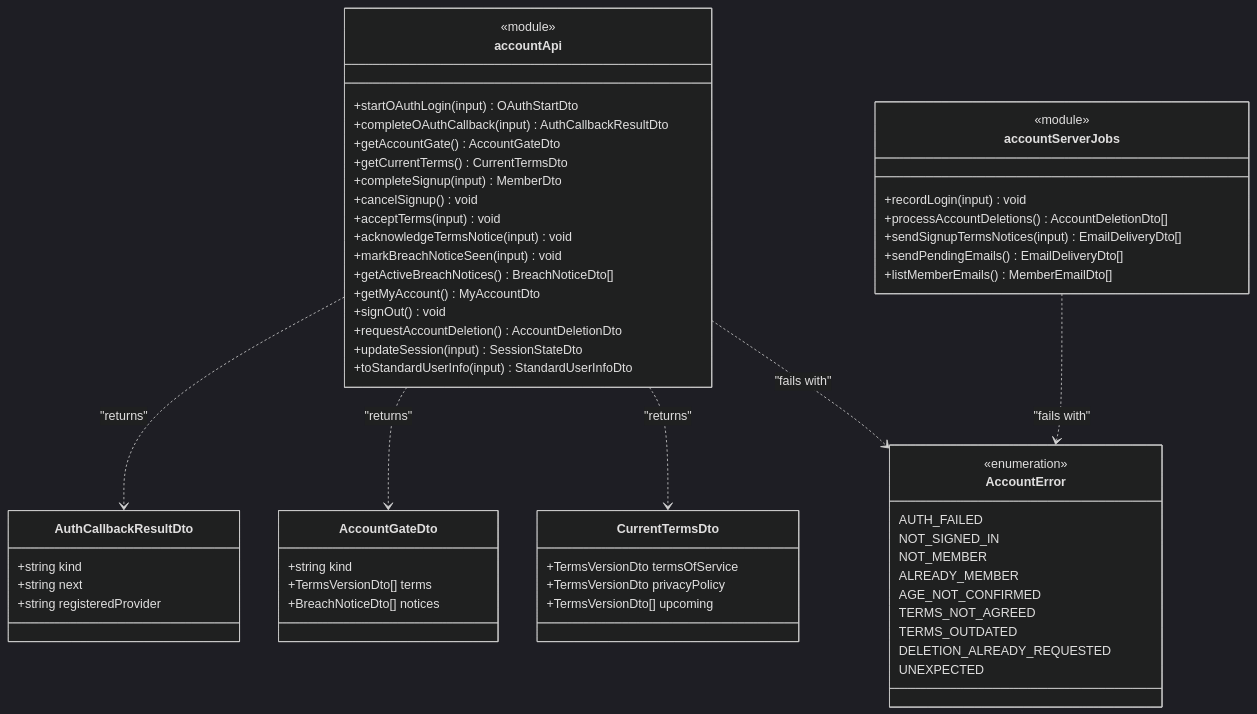
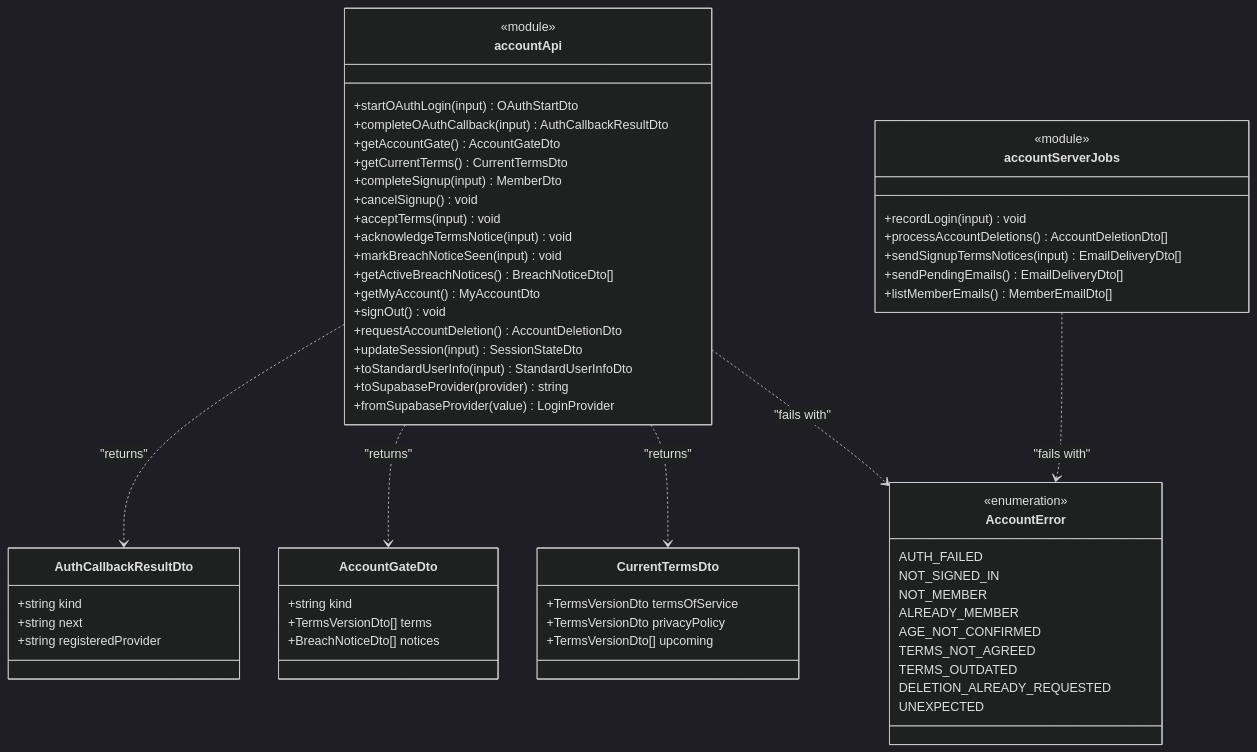
Before and after one commit to god3v/hamtteukka: the second of 2 diagrams in docs/specs/001-account/design/domain.md, drawn with Mermaid (dark theme). The commit also changed other lines of this file and 5 other files, not shown here.

````diff
--- a/docs/specs/001-account/design/domain.md
+++ b/docs/specs/001-account/design/domain.md
@@ -172,61 +174,63 @@
 ```mermaid
 classDiagram
   class accountApi {
     <<module>>
     +startOAuthLogin(input) OAuthStartDto
     +completeOAuthCallback(input) AuthCallbackResultDto
     +getAccountGate() AccountGateDto
     +getCurrentTerms() CurrentTermsDto
     +completeSignup(input) MemberDto
     +cancelSignup() void
     +acceptTerms(input) void
     +acknowledgeTermsNotice(input) void
     +markBreachNoticeSeen(input) void
     +getActiveBreachNotices() BreachNoticeDto[]
     +getMyAccount() MyAccountDto
     +signOut() void
     +requestAccountDeletion() AccountDeletionDto
     +updateSession(input) SessionStateDto
     +toStandardUserInfo(input) StandardUserInfoDto
+    +toSupabaseProvider(provider) string
+    +fromSupabaseProvider(value) LoginProvider
   }
   class accountServerJobs {
     <<module>>
     +recordLogin(input) void
     +processAccountDeletions() AccountDeletionDto[]
     +sendSignupTermsNotices(input) EmailDeliveryDto[]
     +sendPendingEmails() EmailDeliveryDto[]
     +listMemberEmails() MemberEmailDto[]
   }
   class AuthCallbackResultDto {
     +string kind
     +string next
     +string registeredProvider
   }
   class AccountGateDto {
     +string kind
     +TermsVersionDto[] terms
     +BreachNoticeDto[] notices
   }
   class CurrentTermsDto {
     +TermsVersionDto termsOfService
     +TermsVersionDto privacyPolicy
     +TermsVersionDto[] upcoming
   }
   class AccountError {
     <<enumeration>>
     AUTH_FAILED
     NOT_SIGNED_IN
     NOT_MEMBER
     ALREADY_MEMBER
     AGE_NOT_CONFIRMED
     TERMS_NOT_AGREED
     TERMS_OUTDATED
     DELETION_ALREADY_REQUESTED
     UNEXPECTED
   }
   accountApi ..> AuthCallbackResultDto : "returns"
   accountApi ..> AccountGateDto : "returns"
   accountApi ..> CurrentTermsDto : "returns"
   accountApi ..> AccountError : "fails with"
   accountServerJobs ..> AccountError : "fails with"
 ```
````
